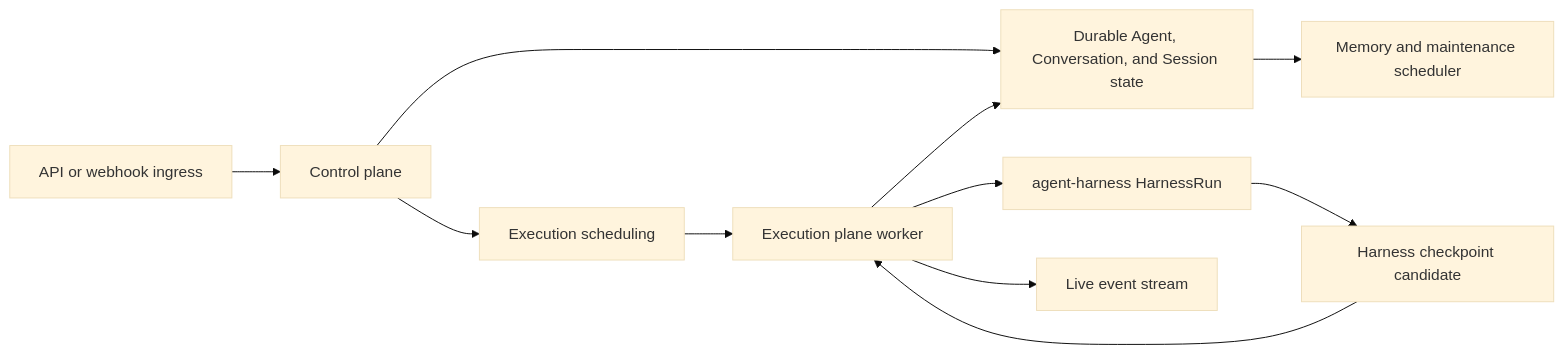
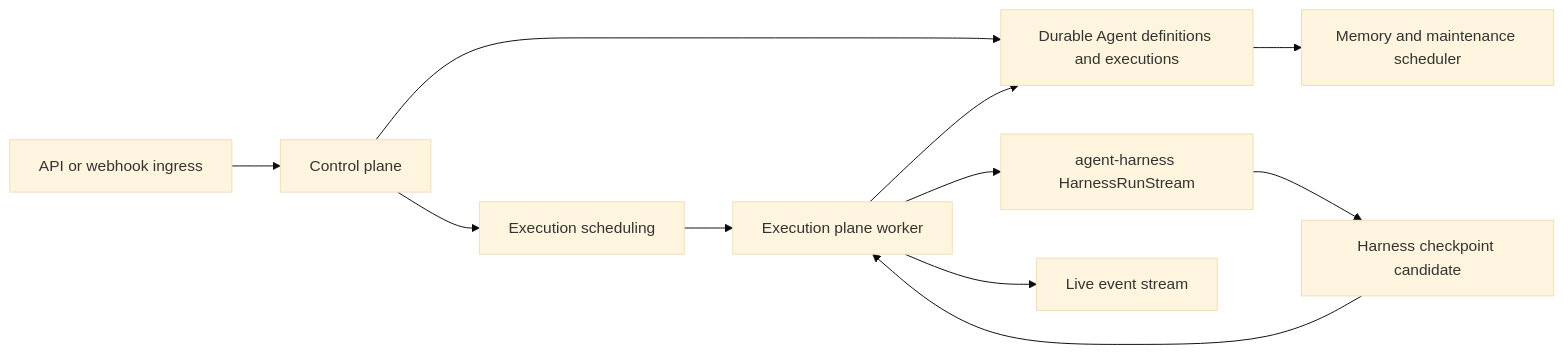
Before and after one commit to LTThreeComma/agent-foundation: the second of 4 diagrams in spec/README.md, drawn with Mermaid (base theme). The commit also changed other lines of this file and 34 other files, not shown here.

First line of the commit message:
docs(spec): establish component architecture contracts

````diff
--- a/spec/README.md
+++ b/spec/README.md
@@ -112,13 +123,13 @@
 ```mermaid
 flowchart LR
     Ingress[API or webhook ingress] --> Control[Control plane]
-    Control --> Durable[Durable Agent, Conversation, and Session state]
+    Control --> Durable[Durable Agent definitions and executions]
     Control --> Queue[Execution scheduling]
     Queue --> Worker[Execution plane worker]
-    Worker --> Harness[agent-harness HarnessRun]
+    Worker --> Harness[agent-harness HarnessRunStream]
     Harness --> Checkpoint[Harness checkpoint candidate]
     Checkpoint --> Worker
     Worker --> Durable
     Worker --> Events[Live event stream]
     Durable --> Scheduler[Memory and maintenance scheduler]
 ```
````
